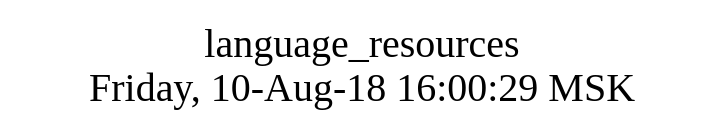
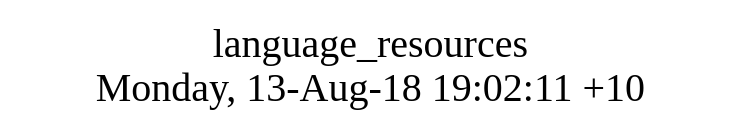
One commit to AplaProject/apps changed the diagram in src/language_resources/struct.dot. Above: the diagram before and after it, drawn with Graphviz. The commit also changed 8 other files, not shown here.

```diff
--- a/src/language_resources/struct.dot
+++ b/src/language_resources/struct.dot
@@ -1,10 +1,8 @@
 digraph G {
-graph [
-  fontsize="24";
-  label="language_resources\nFriday, 10-Aug-18 16:00:29 MSK";
-  nojustify=true;
-  ordering=out;
-  rankdir=LR;
-  size="30";
-];
+fontsize="24";
+label="language_resources\nMonday, 13-Aug-18 19:02:11 +10";
+nojustify=true;
+ordering=out;
+rankdir=LR;
+size="30";
 }
```
